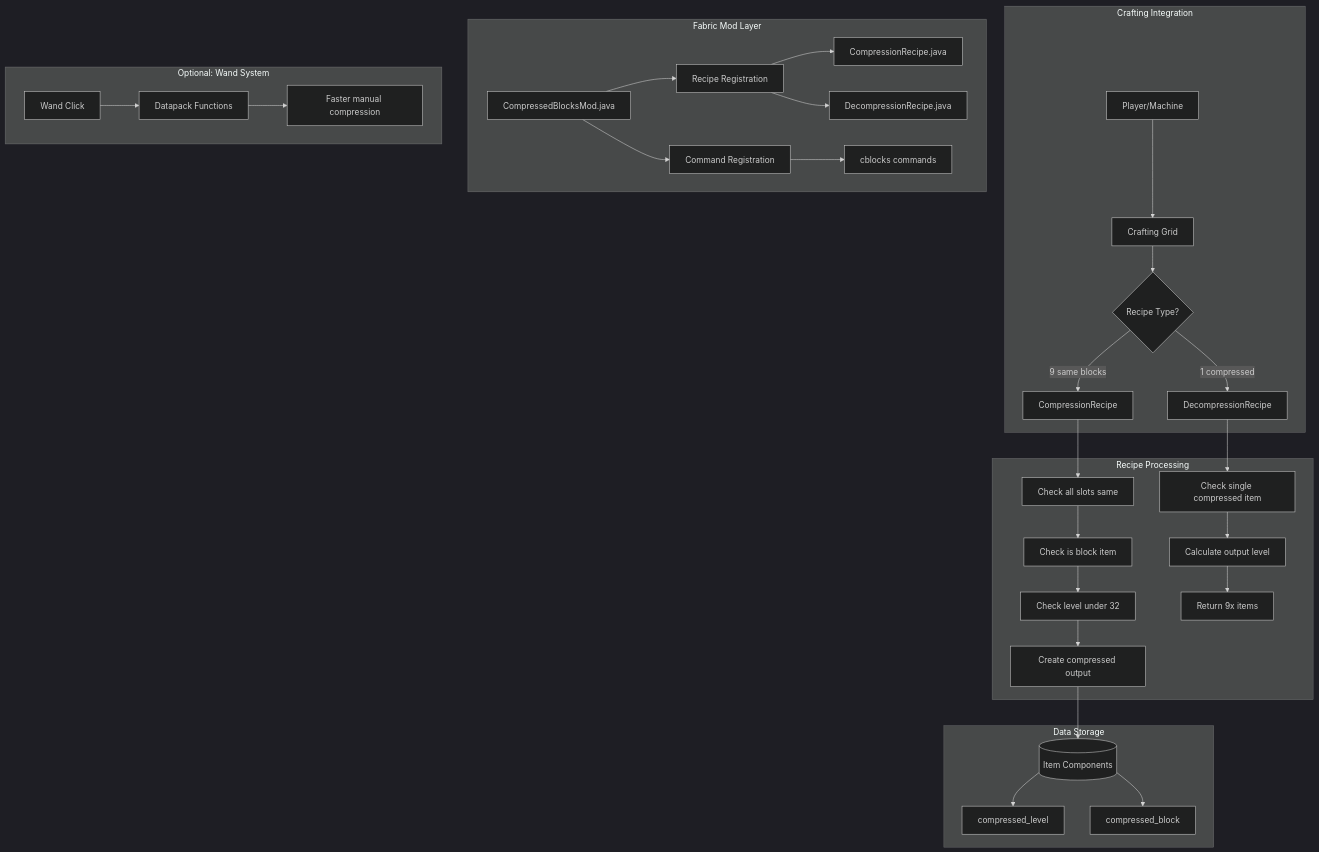
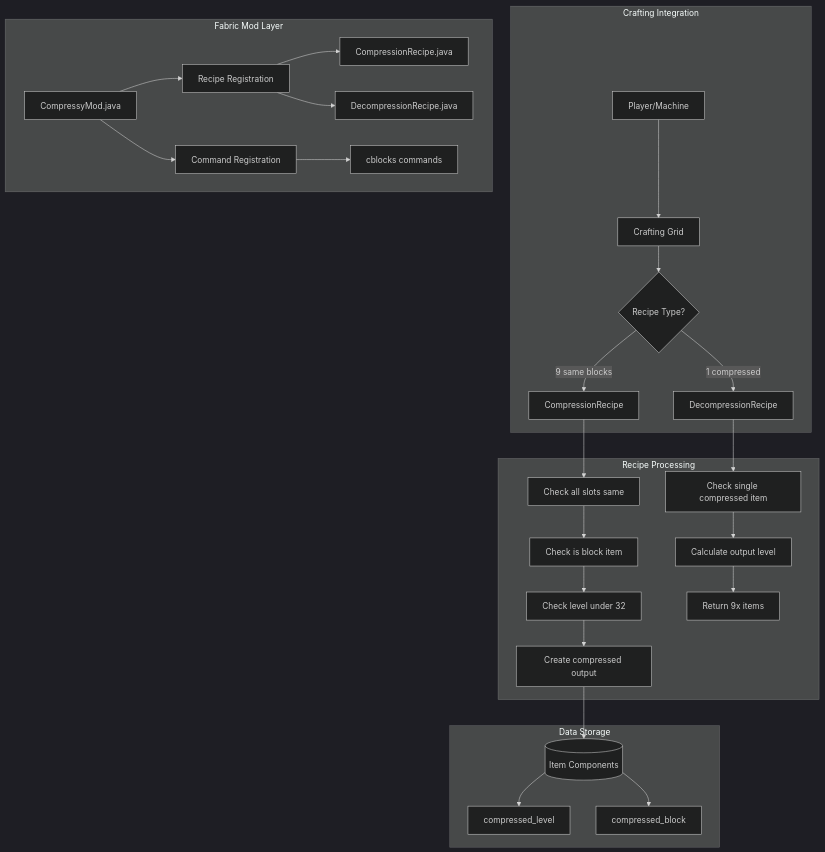
The first of 9 diagrams in README.md (Underwood-Inc/compressy), drawn with Mermaid (dark theme) before and after one commit. The commit also changed other lines of this file and 15 other files, not shown here.

````diff
--- a/README.md
+++ b/README.md
@@ -154,40 +157,35 @@
 ```mermaid
 graph TB
     subgraph "Crafting Integration"
         A[Player/Machine] --> B[Crafting Grid]
         B --> C{Recipe Type?}
         C -->|9 same blocks| D[CompressionRecipe]
         C -->|1 compressed| E[DecompressionRecipe]
     end
     
     subgraph "Fabric Mod Layer"
-        F[CompressedBlocksMod.java]
+        F[CompressyMod.java]
         F --> G[Recipe Registration]
         F --> H[Command Registration]
         G --> I[CompressionRecipe.java]
         G --> J[DecompressionRecipe.java]
         H --> K[cblocks commands]
     end
     
     subgraph "Recipe Processing"
         D --> L[Check all slots same]
         L --> M[Check is block item]
         M --> N[Check level under 32]
         N --> O[Create compressed output]
         
         E --> P[Check single compressed item]
         P --> Q[Calculate output level]
         Q --> R[Return 9x items]
     end
     
     subgraph "Data Storage"
         O --> S[(Item Components)]
         S --> T[compressed_level]
         S --> U[compressed_block]
     end
-    
-    subgraph "Optional: Wand System"
-        V[Wand Click] --> W[Datapack Functions]
-        W --> X[Faster manual compression]
-    end
 ```
````
